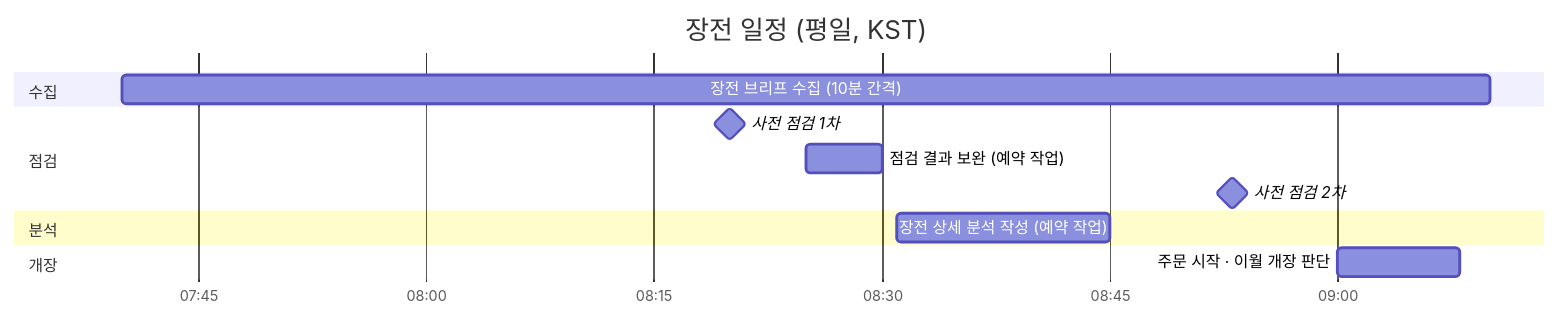
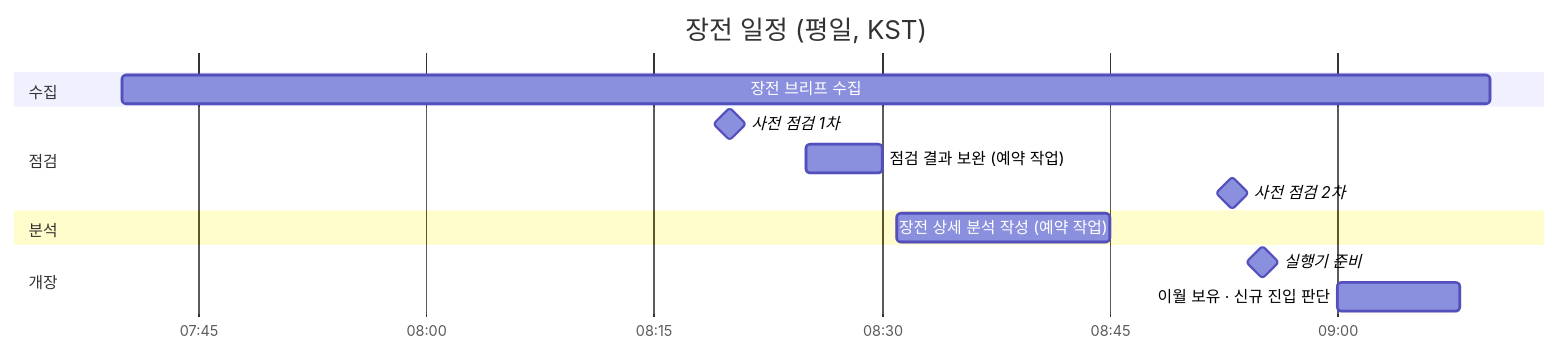
Before and after one commit to roadkwonai/omni-ai-trading: the first of 2 diagrams in docs/premarket.md, drawn with Mermaid. The commit also changed other lines of this file and 27 other files, not shown here.

````diff
--- a/docs/premarket.md
+++ b/docs/premarket.md
@@ -19,16 +19,17 @@
 ```mermaid
 gantt
   title 장전 일정 (평일, KST)
   dateFormat HH:mm
   axisFormat %H:%M
   section 수집
-  장전 브리프 수집 (10분 간격) :a1, 07:40, 90m
+  장전 브리프 수집 :a1, 07:40, 90m
   section 점검
   사전 점검 1차 :milestone, p1, 08:20, 0m
   점검 결과 보완 (예약 작업) :p2, 08:25, 5m
   사전 점검 2차 :milestone, p3, 08:53, 0m
   section 분석
   장전 상세 분석 작성 (예약 작업) :r1, 08:31, 14m
   section 개장
-  주문 시작 · 이월 개장 판단 :o1, 09:00, 8m
+  실행기 준비 :milestone, o0, 08:55, 0m
+  이월 보유 · 신규 진입 판단 :o1, 09:00, 8m
 ```
````
